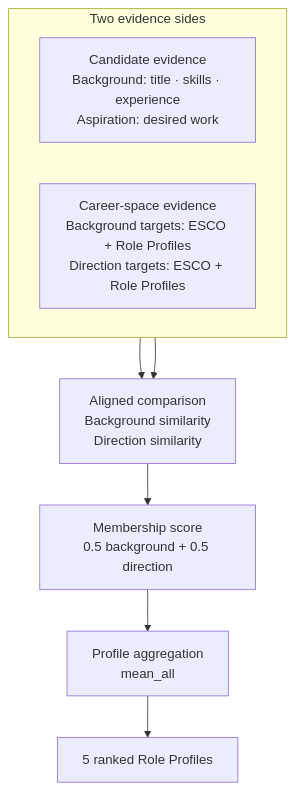
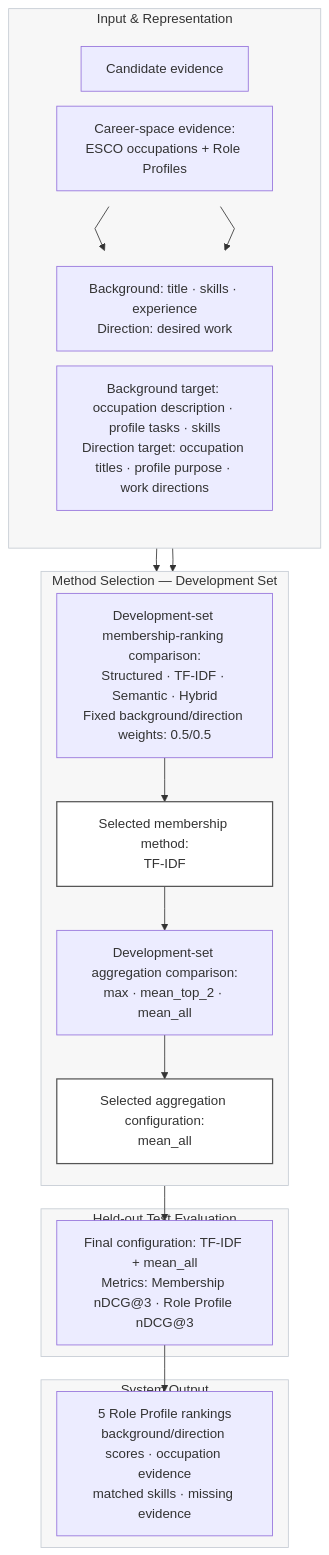
One commit to 813P/career-decision-support-system changed the diagram in README.md. Above: the diagram before and after it, drawn with Mermaid. The commit also changed other lines of this file, not shown here.

Commit message:
Refine README system and method pipeline

````diff
--- a/README.md
+++ b/README.md
@@ -27,14 +29,48 @@
 ```mermaid
+%%{init: {"flowchart": {"curve": "linear", "nodeSpacing": 18, "rankSpacing": 28}}}%%
 flowchart TB
-    subgraph I["Two evidence sides"]
-        direction LR
-        C["Candidate evidence<br/>Background: title · skills · experience<br/>Aspiration: desired work"]
-        T["Career-space evidence<br/>Background targets: ESCO + Role Profiles<br/>Direction targets: ESCO + Role Profiles"]
+    subgraph I["Input & Representation"]
+        direction TB
+        subgraph H[" "]
+            direction LR
+            C0["Candidate evidence"]
+            T0["Career-space evidence:<br/>ESCO occupations + Role Profiles"]
+        end
+        subgraph F[" "]
+            direction LR
+            C1["Background: title · skills · experience<br/>Direction: desired work"]
+            T1["Background target: occupation description · profile tasks · skills<br/>Direction target: occupation titles · profile purpose · work directions"]
+        end
+        C0 --> C1
+        T0 --> T1
     end
 
-    C --> X["Aligned comparison<br/>Background similarity<br/>Direction similarity"]
-    T --> X
-    X --> M["Membership score<br/>0.5 background + 0.5 direction"]
-    M --> A["Profile aggregation<br/>mean_all"]
-    A --> R["5 ranked Role Profiles"]
+    subgraph D["Method Selection — Development Set"]
+        direction TB
+        E["Development-set membership-ranking comparison:<br/>Structured · TF-IDF · Semantic · Hybrid<br/>Fixed background/direction weights: 0.5/0.5"]
+        M["Selected membership method:<br/>TF-IDF"]
+        A["Development-set aggregation comparison:<br/>max · mean_top_2 · mean_all"]
+        G["Selected aggregation configuration:<br/>mean_all"]
+        E --> M --> A --> G
+    end
+
+    subgraph V["Held-out Test Evaluation"]
+        Q["Final configuration: TF-IDF + mean_all<br/>Metrics: Membership nDCG@3 · Role Profile nDCG@3"]
+    end
+
+    subgraph S["System Output"]
+        O["5 Role Profile rankings<br/>background/direction scores · occupation evidence<br/>matched skills · missing evidence"]
+    end
+
+    C1 --> E
+    T1 --> E
+    G --> Q --> O
+    style I fill:#f7f7f7,stroke:#c5cbd3,stroke-width:1px
+    style D fill:#f7f7f7,stroke:#c5cbd3,stroke-width:1px
+    style V fill:#f7f7f7,stroke:#c5cbd3,stroke-width:1px
+    style S fill:#f7f7f7,stroke:#c5cbd3,stroke-width:1px
+    style H fill:transparent,stroke:transparent
+    style F fill:transparent,stroke:transparent
+    classDef selected fill:#ffffff,stroke:#555555,stroke-width:1.5px
+    class M,G selected
 ```
````
